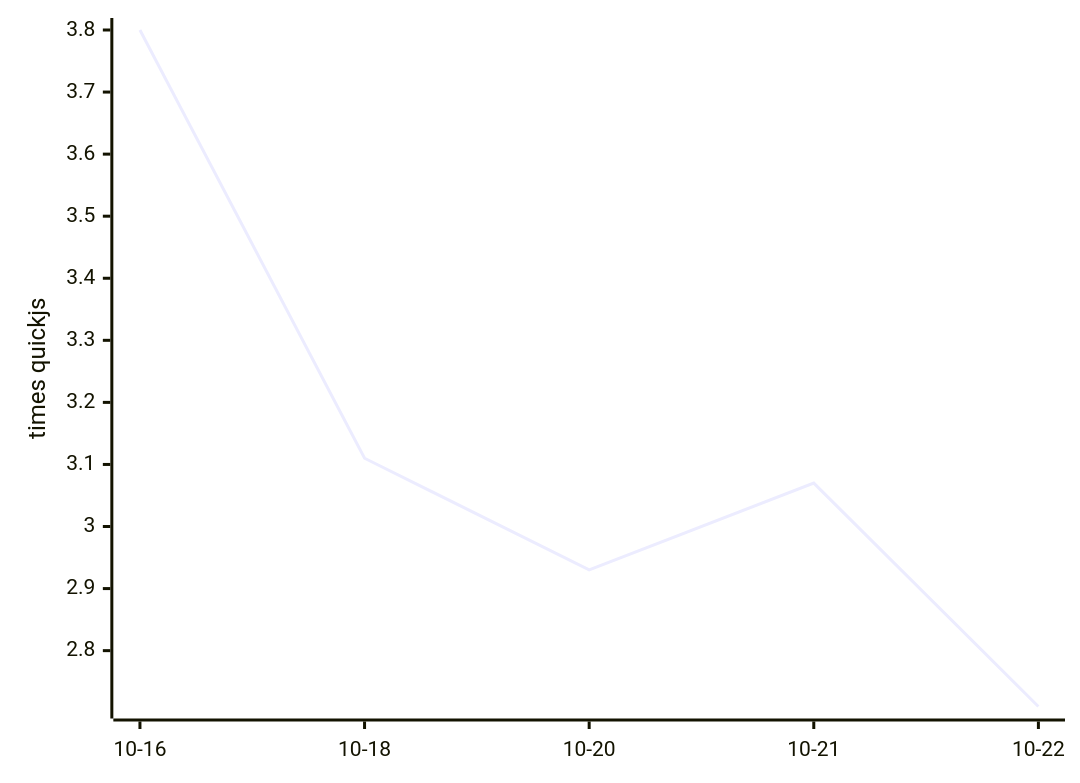
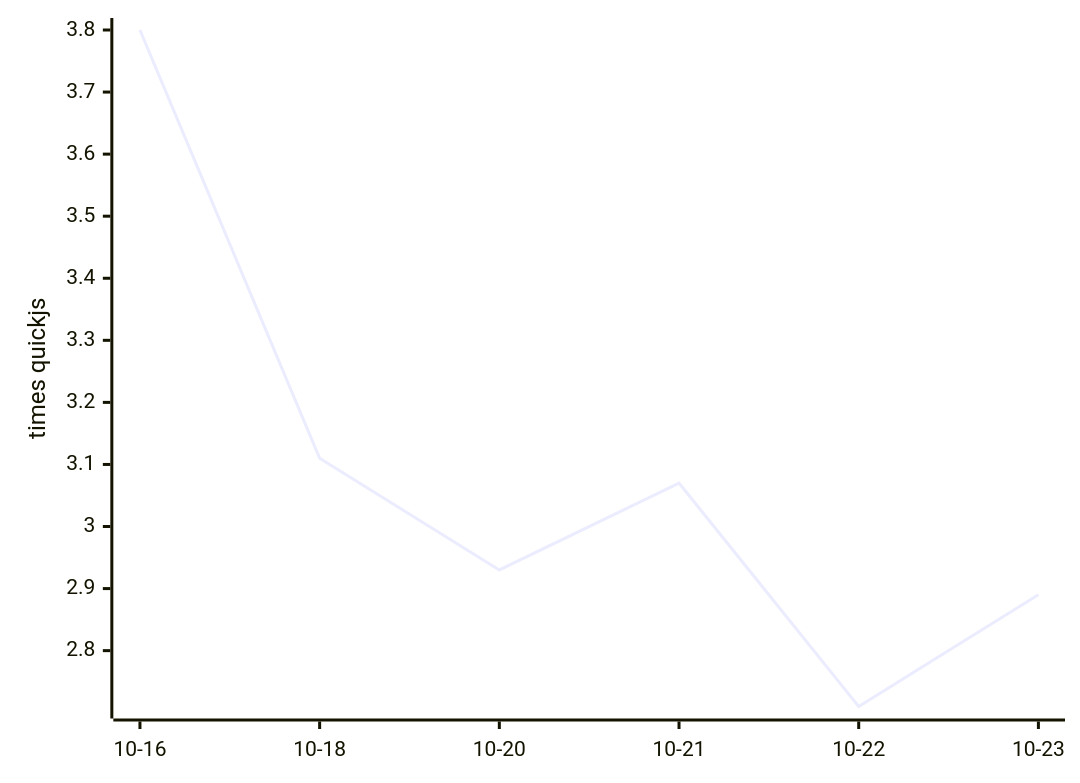
The diagram in README.md (mozzius/kahvi), drawn with Mermaid before and after one commit. The commit also changed other lines of this file and 1 other file, not shown here.

````diff
--- a/README.md
+++ b/README.md
@@ -9,6 +9,6 @@
 ```mermaid
 xychart-beta
-  x-axis ["10-16", "10-18", "10-20", "10-21", "10-22"]
+  x-axis ["10-16", "10-18", "10-20", "10-21", "10-22", "10-23"]
   y-axis "times quickjs"
-  line [3.80, 3.11, 2.93, 3.07, 2.71]
+  line [3.80, 3.11, 2.93, 3.07, 2.71, 2.89]
 ```
````
